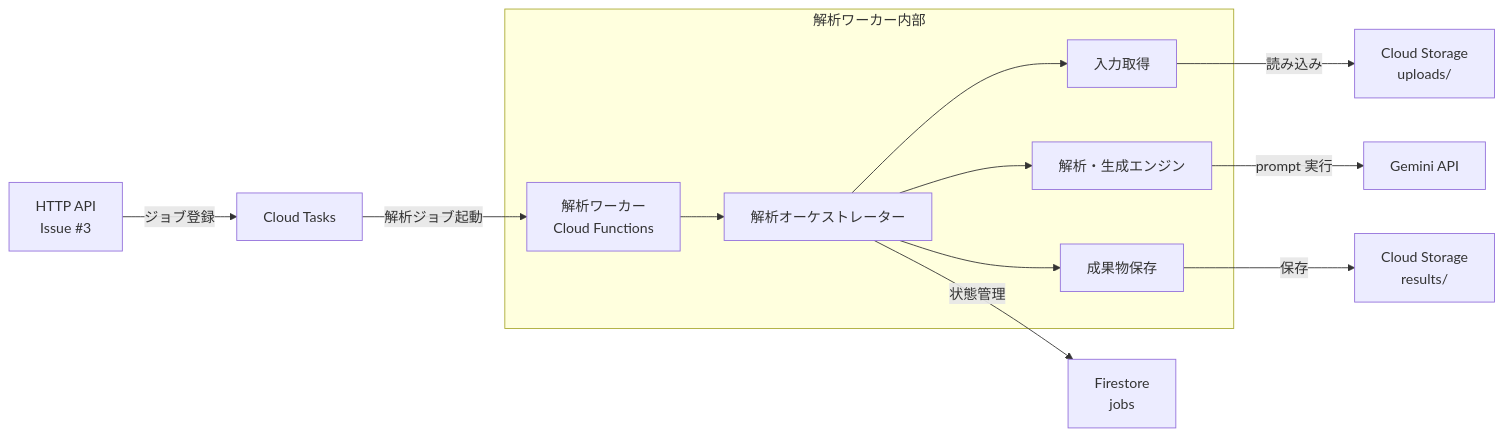
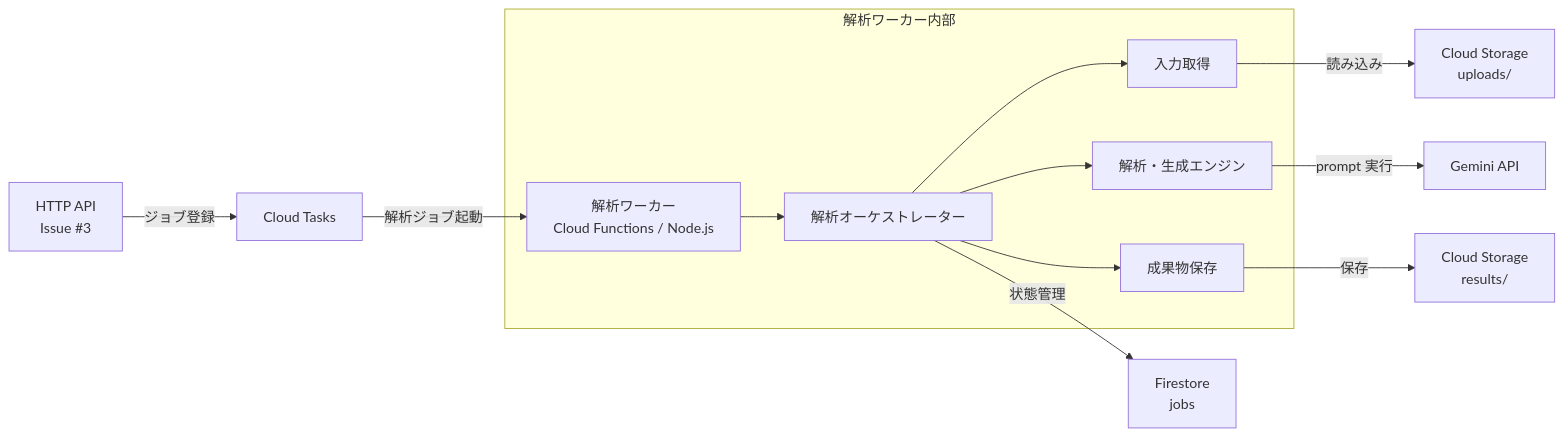
The diagram in apps/analysis-worker/README.md (daisuke-arakawa-uhuru/PhoenixDevOps), drawn with Mermaid before and after one commit. The commit also changed other lines of this file and 38 other files, not shown here.

````diff
--- a/apps/analysis-worker/README.md
+++ b/apps/analysis-worker/README.md
@@ -21,17 +18,17 @@
 ```mermaid
 flowchart LR
     Api["HTTP API<br/>Issue #3"] -->|"ジョブ登録"| Tasks["Cloud Tasks"]
-    Tasks -->|"解析ジョブ起動"| WorkerEntry["解析ワーカー<br/>Cloud Functions"]
+    Tasks -->|"解析ジョブ起動"| WorkerEntry["解析ワーカー<br/>Cloud Functions / Node.js"]
 
     subgraph Worker["解析ワーカー内部"]
         WorkerEntry --> Orchestrator["解析オーケストレーター"]
         Orchestrator --> Input["入力取得"]
         Orchestrator --> Engines["解析・生成エンジン"]
         Orchestrator --> Output["成果物保存"]
     end
 
     Input -->|"読み込み"| Uploads["Cloud Storage<br/>uploads/"]
     Engines -->|"prompt 実行"| Gemini["Gemini API"]
     Output -->|"保存"| Results["Cloud Storage<br/>results/"]
     Orchestrator -->|"状態管理"| Firestore["Firestore<br/>jobs"]
 ```
````
